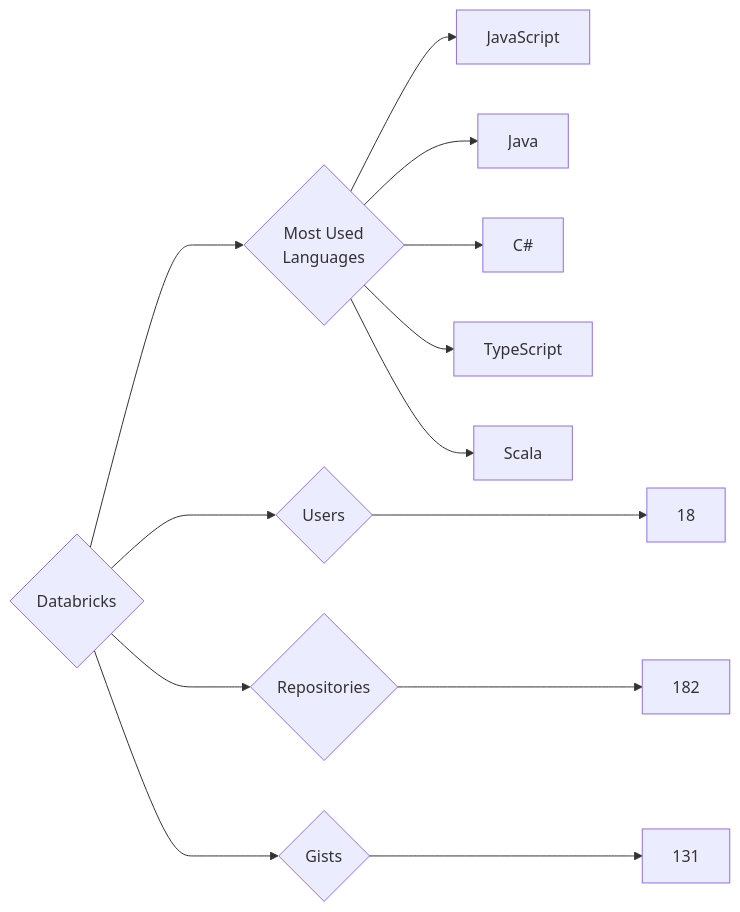
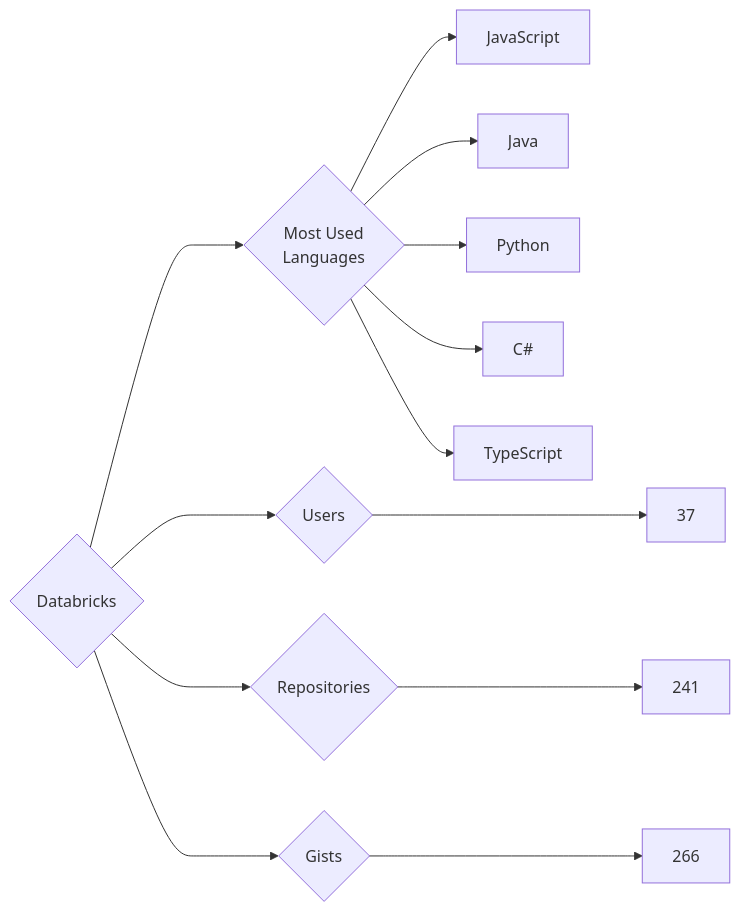
Before and after one commit to trickest/insiders: the diagram in targets/Databricks/README.md, drawn with Mermaid. The commit also changed 682 other files, not shown here.

````diff
--- a/targets/Databricks/README.md
+++ b/targets/Databricks/README.md
@@ -3,13 +3,13 @@
 ```mermaid
 graph LR
 COMPANY_NAME{Databricks}
-COMPANY_NAME ---> U{Users} ---> UN[18]
-COMPANY_NAME ---> R{Repositories} ---> RN[182]
-COMPANY_NAME ---> G{Gists} ---> GN[131]
+COMPANY_NAME ---> U{Users} ---> UN[37]
+COMPANY_NAME ---> R{Repositories} ---> RN[241]
+COMPANY_NAME ---> G{Gists} ---> GN[266]
 COMPANY_NAME ---> ML{Most Used<br>Languages}
 ML --> JavaScript[JavaScript]
 ML --> Java[Java]
+ML --> Python[Python]
 ML --> C#[C#]
 ML --> TypeScript[TypeScript]
-ML --> Scala[Scala]
 ```
````
